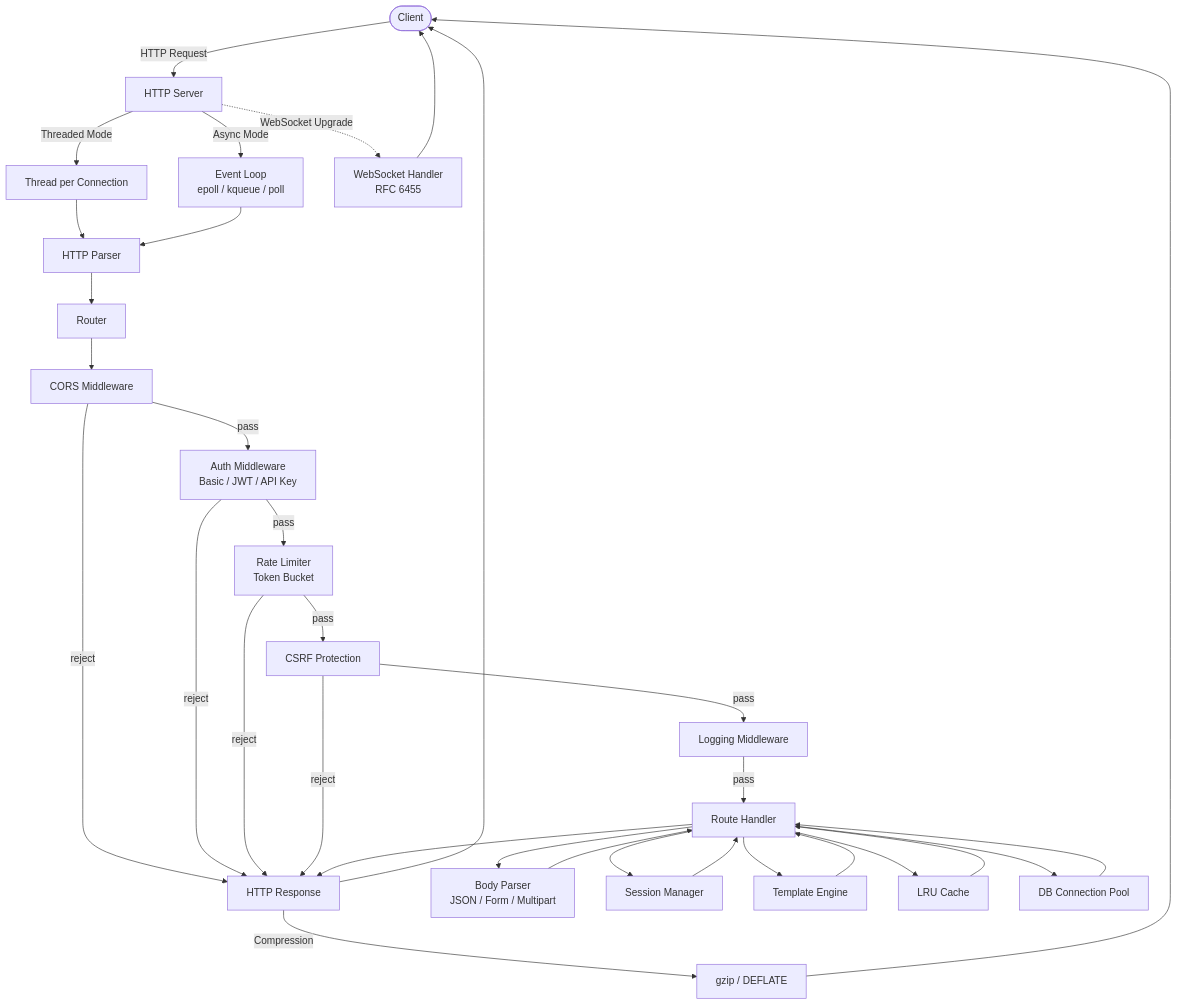
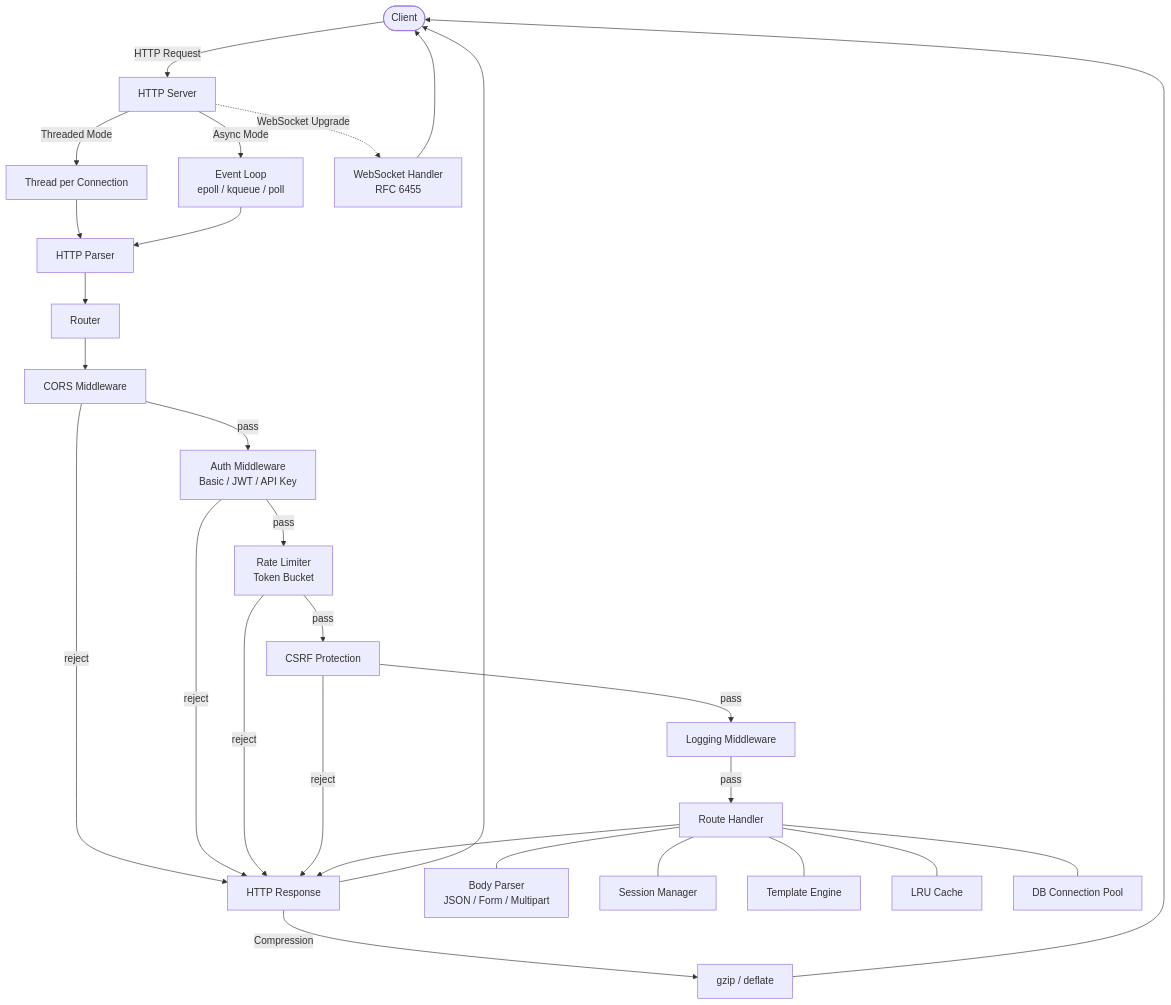
One commit to kamrankhan78694/modern-c-web-library changed the diagram in README.md. Above: the diagram before and after it, drawn with Mermaid.

Commit message:
Address review: fix service links and lowercase deflate

````diff
--- a/README.md
+++ b/README.md
@@ -113,36 +113,31 @@
 ```mermaid
 flowchart TD
     Client([Client]) -->|HTTP Request| Server[HTTP Server]
     Server -->|Threaded Mode| Thread[Thread per Connection]
     Server -->|Async Mode| EventLoop[Event Loop\nepoll / kqueue / poll]
     Thread --> Parser
     EventLoop --> Parser
     Parser[HTTP Parser] --> Router[Router]
     Router --> MW1[CORS Middleware]
     MW1 -->|pass| MW2[Auth Middleware\nBasic / JWT / API Key]
     MW2 -->|pass| MW3[Rate Limiter\nToken Bucket]
     MW3 -->|pass| MW4[CSRF Protection]
     MW4 -->|pass| MW5[Logging Middleware]
     MW5 -->|pass| Handler[Route Handler]
     MW1 -->|reject| Response
     MW2 -->|reject| Response
     MW3 -->|reject| Response
     MW4 -->|reject| Response
-    Handler --> BodyParser[Body Parser\nJSON / Form / Multipart]
-    Handler --> Session[Session Manager]
-    Handler --> Template[Template Engine]
-    Handler --> Cache[LRU Cache]
-    Handler --> DBPool[DB Connection Pool]
     Handler --> Response[HTTP Response]
-    BodyParser --> Handler
-    Session --> Handler
-    Template --> Handler
-    Cache --> Handler
-    DBPool --> Handler
-    Response -->|Compression| Compress[gzip / DEFLATE]
+    Handler --- BodyParser[Body Parser\nJSON / Form / Multipart]
+    Handler --- Session[Session Manager]
+    Handler --- Template[Template Engine]
+    Handler --- Cache[LRU Cache]
+    Handler --- DBPool[DB Connection Pool]
+    Response -->|Compression| Compress[gzip / deflate]
     Compress --> Client
     Response --> Client
 
     Server -.->|WebSocket Upgrade| WS[WebSocket Handler\nRFC 6455]
     WS --> Client
 ```
````
